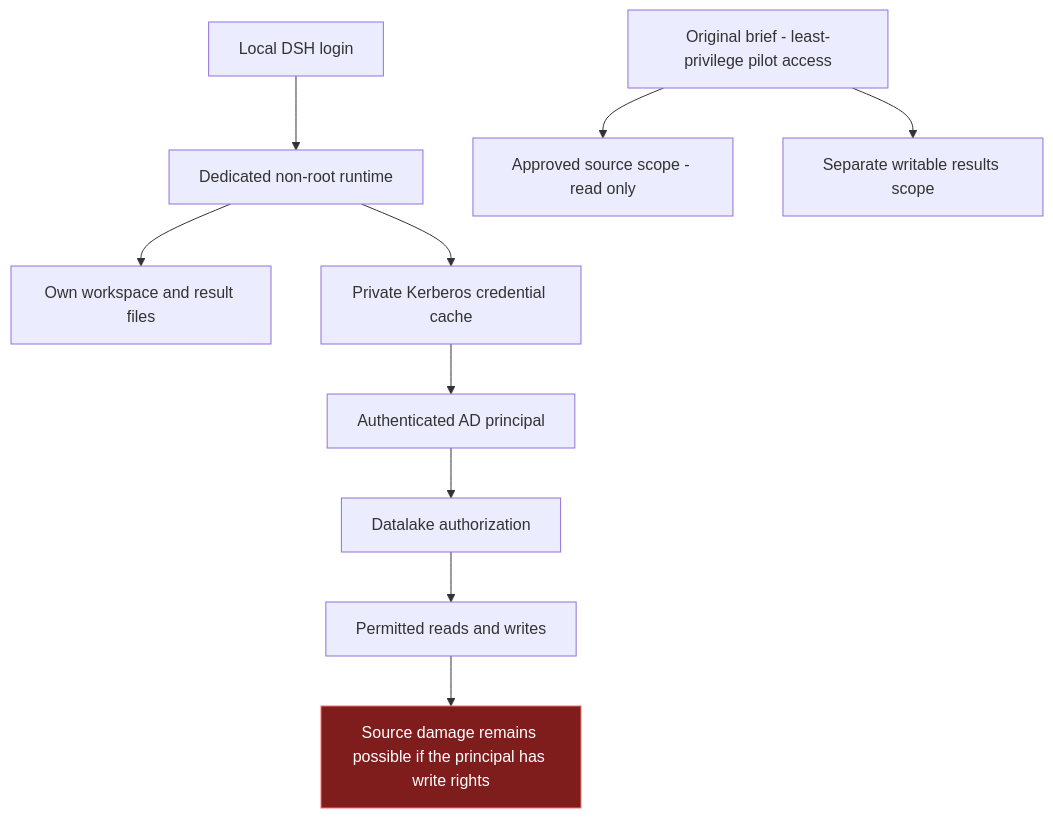
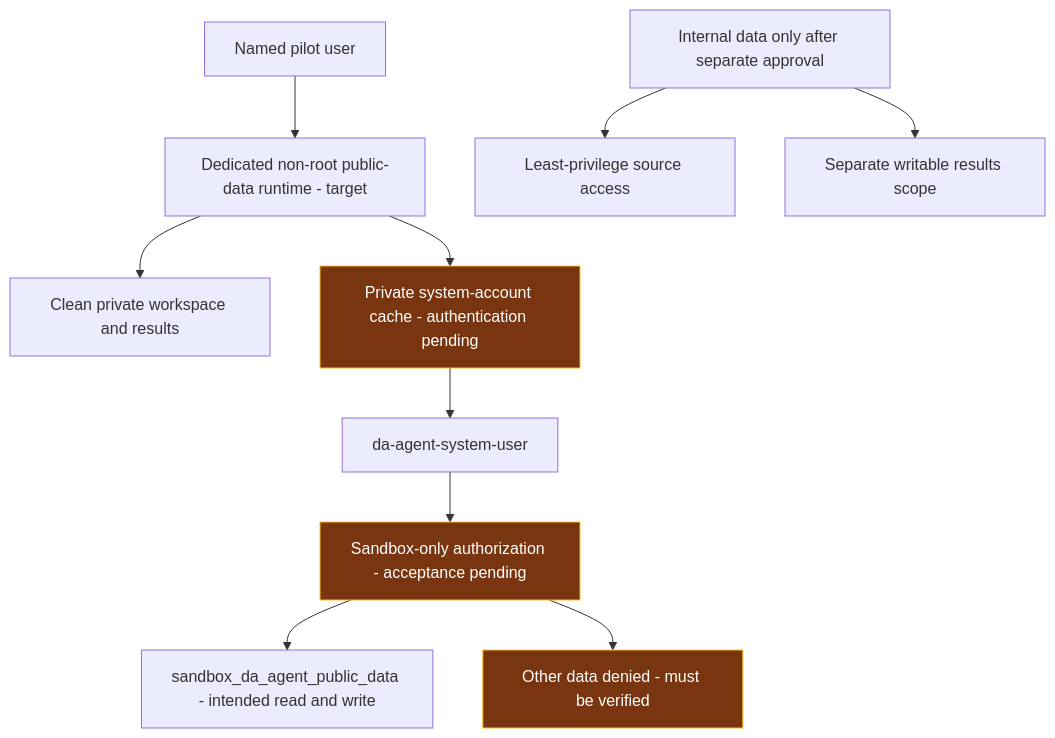
One commit to skunpoj/dsh_setup changed the second of 3 diagrams in docs/DSH_RDT_PILOT_SECURITY_CONTROL_ASSESSMENT.md. Above: the diagram before and after it, drawn with Mermaid. The commit also changed other lines of this file and 11 other files, not shown here.

Commit message:
Align public-data pilot with scoped system identity and record sandbox and monitoring checks

````diff
--- a/docs/DSH_RDT_PILOT_SECURITY_CONTROL_ASSESSMENT.md
+++ b/docs/DSH_RDT_PILOT_SECURITY_CONTROL_ASSESSMENT.md
@@ -80,14 +98,14 @@
 ```mermaid
 flowchart TB
- A[Local DSH login] --> X[Dedicated non-root runtime]
- X --> W[Own workspace and result files]
- X --> K[Private Kerberos credential cache]
- K --> P[Authenticated AD principal]
- P --> D[Datalake authorization]
- D --> Q[Permitted reads and writes]
- Q --> F[Source damage remains possible if the principal has write rights]
- T[Original brief - least-privilege pilot access] --> V[Approved source scope - read only]
+ A[Named pilot user] --> X[Dedicated non-root public-data runtime - target]
+ X --> W[Clean private workspace and results]
+ X --> K[Private system-account cache - authentication pending]
+ K --> P[da-agent-system-user]
+ P --> D[Sandbox-only authorization - acceptance pending]
+ D --> Q[sandbox_da_agent_public_data - intended read and write]
+ D --> N[Other data denied - must be verified]
+ T[Internal data only after separate approval] --> V[Least-privilege source access]
  T --> O[Separate writable results scope]
- classDef exposure fill:#7f1d1d,stroke:#f87171,color:#ffffff
- class F exposure
+ classDef pending fill:#78350f,stroke:#fbbf24,color:#ffffff
+ class K,D,N pending
 ```
````
